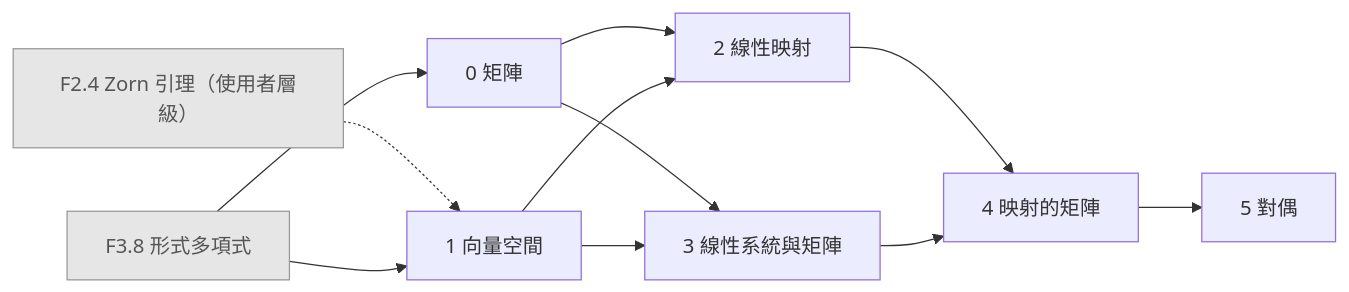
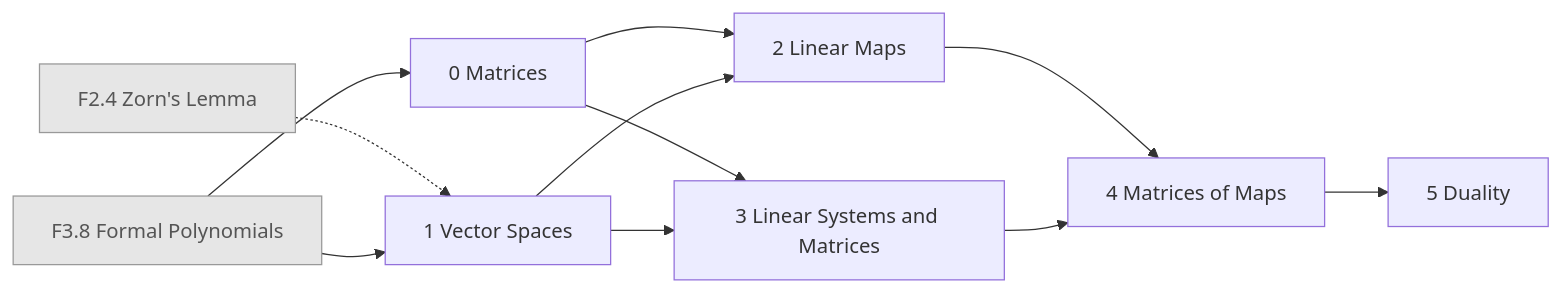
Before and after one commit to AkizumiFox/math-atlas: the sixth of 26 diagrams in generated/README.md, drawn with Mermaid. The commit also changed other lines of this file and 36 other files, not shown here.

````diff
--- a/generated/README.md
+++ b/generated/README.md
@@ -174,24 +173,24 @@
 ```mermaid
 flowchart LR
-  F2_4["F2.4 Zorn 引理（使用者層級）"]:::ext
-  F3_8["F3.8 形式多項式"]:::ext
-  LA1_0["0 矩陣"]
-  LA1_1["1 向量空間"]
-  LA1_2["2 線性映射"]
-  LA1_3["3 線性系統與矩陣"]
-  LA1_4["4 映射的矩陣"]
-  LA1_5["5 對偶"]
+  F2_4["F2.4 Zorn's Lemma"]:::ext
+  F3_8["F3.8 Formal Polynomials"]:::ext
+  LA1_0["0 Matrices"]
+  LA1_1["1 Vector Spaces"]
+  LA1_2["2 Linear Maps"]
+  LA1_3["3 Linear Systems and Matrices"]
+  LA1_4["4 Matrices of Maps"]
+  LA1_5["5 Duality"]
   F3_8 --> LA1_0
   F2_4 -.-> LA1_1
   F3_8 --> LA1_1
   LA1_0 --> LA1_2
   LA1_1 --> LA1_2
   LA1_0 --> LA1_3
   LA1_1 --> LA1_3
   LA1_2 --> LA1_4
   LA1_3 --> LA1_4
   LA1_4 --> LA1_5
   classDef ext fill:#e6e6e6,stroke:#999,color:#555
   classDef opt fill:#fff,stroke:#999,stroke-dasharray:4 3,color:#555
   classDef segb fill:#f6f6fb,stroke:#99a,color:#333
 ```
````
